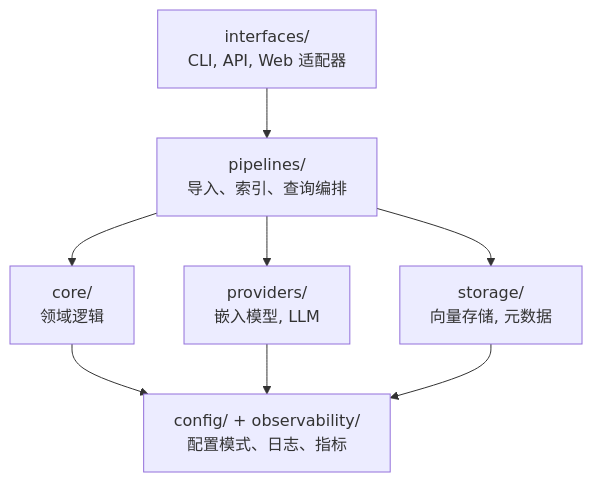
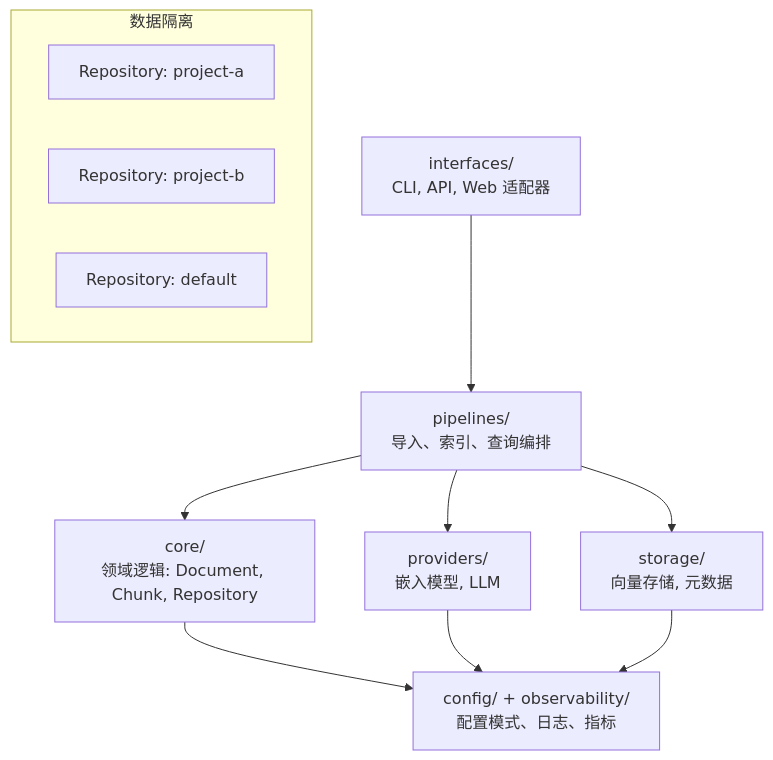
The diagram in README.md (zhaoxin34/memory), drawn with Mermaid before and after one commit. The commit also changed other lines of this file and 43 other files, not shown here.

````diff
--- a/README.md
+++ b/README.md
@@ -49,17 +86,23 @@
 ```mermaid
 graph TB
     A[interfaces/<br/>CLI, API, Web 适配器]
     B[pipelines/<br/>导入、索引、查询编排]
-    C[core/<br/>领域逻辑]
+    C[core/<br/>领域逻辑: Document, Chunk, Repository]
     D[providers/<br/>嵌入模型, LLM]
     E[storage/<br/>向量存储, 元数据]
     F[config/ + observability/<br/>配置模式、日志、指标]
 
     A --> B
     B --> C
     B --> D
     B --> E
     C --> F
     D --> F
     E --> F
+
+    subgraph "数据隔离"
+        R1[Repository: project-a]
+        R2[Repository: project-b]
+        R3[Repository: default]
+    end
 ```
````
